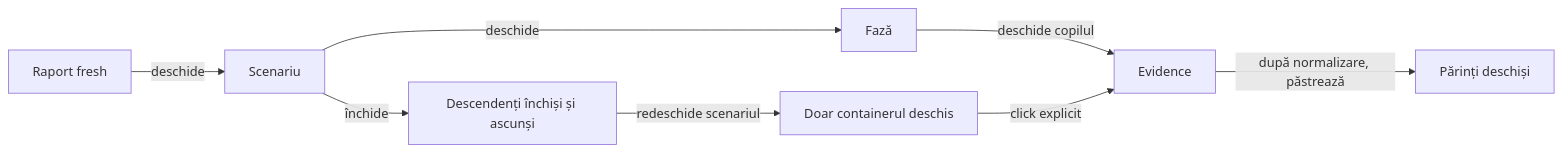
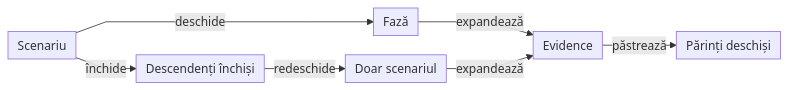
The ninth of 11 diagrams in docs/ATF_Reporting_Contract.md (crististefanita/atf_j0), drawn with Mermaid before and after one commit. The commit also changed other lines of this file and 97 other files, not shown here.

````diff
--- a/docs/ATF_Reporting_Contract.md
+++ b/docs/ATF_Reporting_Contract.md
@@ -781,10 +799,10 @@
 ```mermaid
+%%{init: {"themeVariables":{"fontSize":"15px"},"themeCSS":".nodeLabel, .nodeLabel p { font-size: 15px !important; line-height: 1.35 !important; } .edgeLabel, .edgeLabel p { font-size: 12px !important; font-weight: 400 !important; line-height: 1.2 !important; } .edgeLabel .labelBkg, .edgeLabel p { background: transparent !important; } .edgeLabel foreignObject { transform: translateY(-18px); overflow: visible; } .node rect { rx: 6px; ry: 6px; }","flowchart":{"curve":"linear","nodeSpacing":24,"rankSpacing":24,"padding":6,"diagramPadding":20}}}%%
 flowchart LR
-    Fresh[Raport fresh] -->|deschide| Scenario[Scenariu]
-    Scenario -->|deschide| Phase[Fază]
-    Phase -->|deschide copilul| Child[Evidence]
-    Child -->|după normalizare, păstrează| ParentOpen[Părinți deschiși]
-    Scenario -->|închide| Reset[Descendenți închiși și ascunși]
-    Reset -->|redeschide scenariul| ScenarioOnly[Doar containerul deschis]
-    ScenarioOnly -->|click explicit| Child
+    Scenario[Scenariu] -->|deschide| Phase[Fază]
+    Phase -->|expandează| Child[Evidence]
+    Child -->|păstrează| ParentOpen[Părinți deschiși]
+    Scenario -->|închide| Reset["Descendenți închiși"]
+    Reset -->|redeschide| ScenarioOnly["Doar scenariul"]
+    ScenarioOnly -->|expandează| Child
 ```
````
